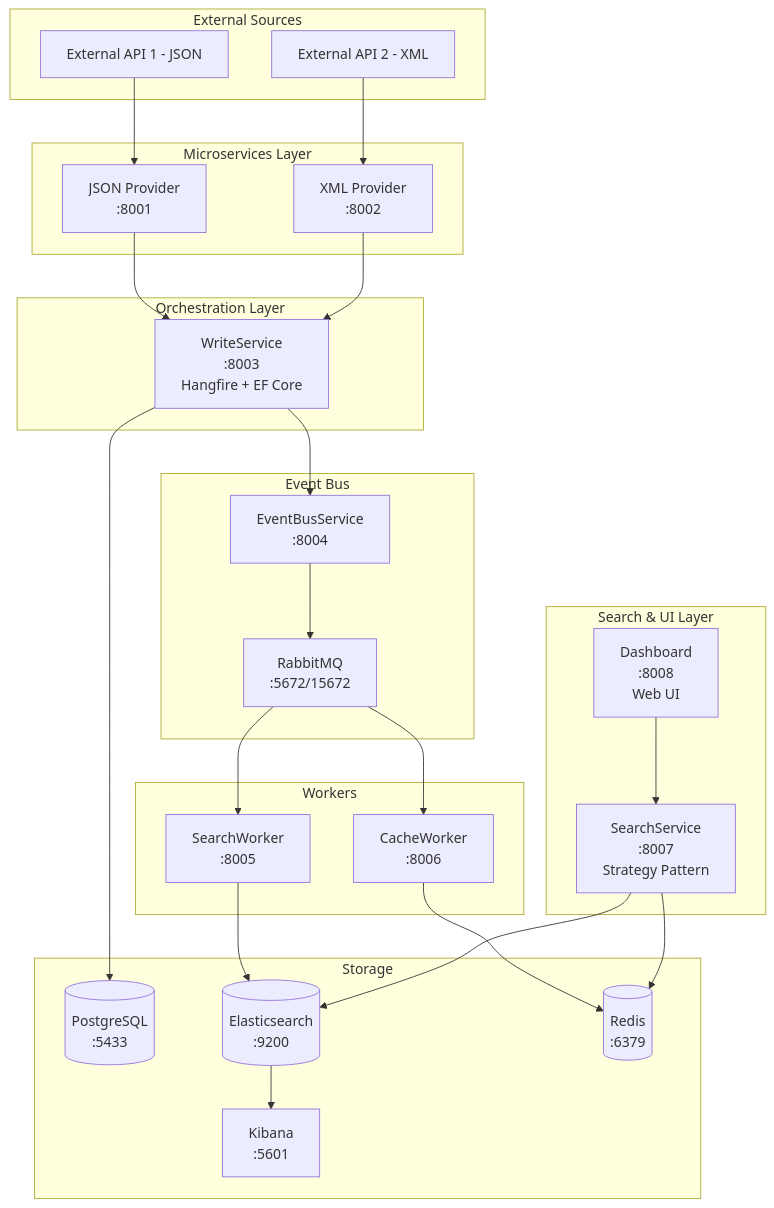
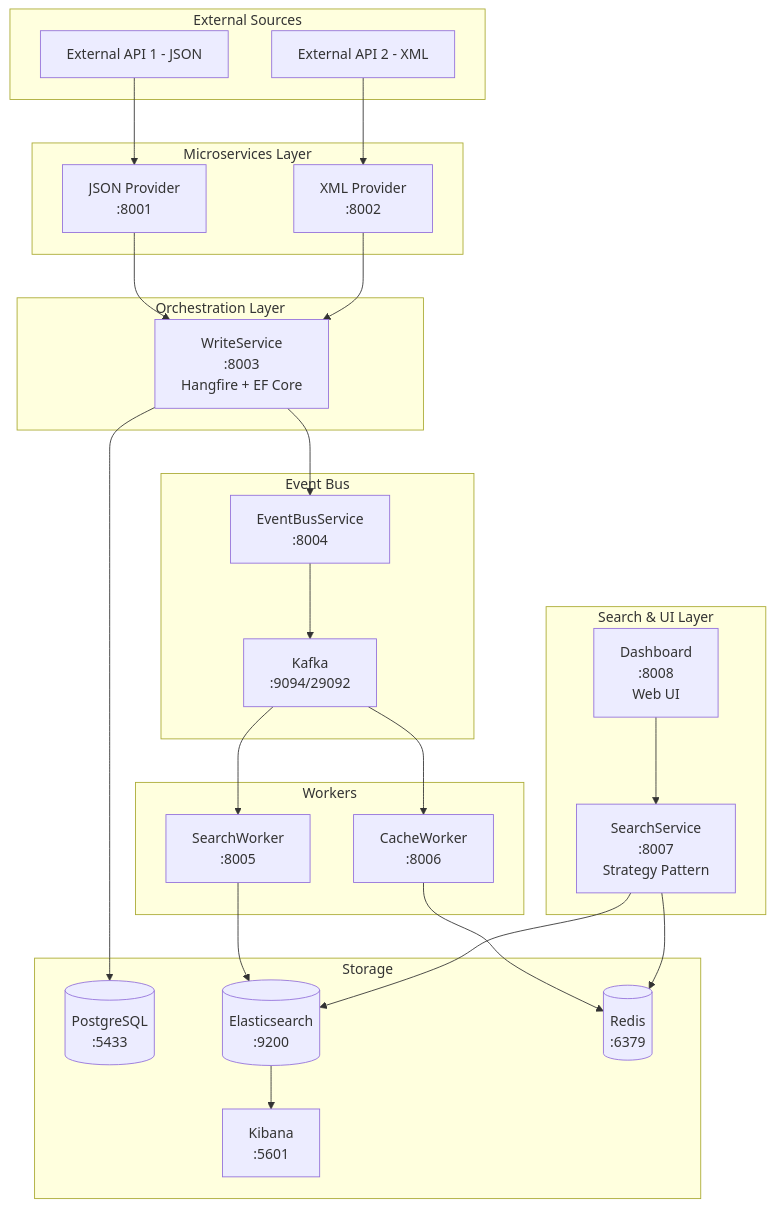
The diagram in README.md (ofurkanuygur/search-case), drawn with Mermaid before and after one commit. The commit also changed other lines of this file and 12 other files, not shown here.

Commit message:
feat: migrate from RabbitMQ to Apache Kafka with resilience patterns and UI

````diff
--- a/README.md
+++ b/README.md
@@ -26,54 +26,54 @@
 ```mermaid
 graph TD
     subgraph External Sources
         API1[External API 1 - JSON]
         API2[External API 2 - XML]
     end
 
     subgraph Microservices Layer
         JP[JSON Provider<br/>:8001]
         XP[XML Provider<br/>:8002]
     end
 
     subgraph Orchestration Layer
         WS[WriteService<br/>:8003<br/>Hangfire + EF Core]
     end
 
     subgraph Event Bus
         EB[EventBusService<br/>:8004]
-        RMQ[RabbitMQ<br/>:5672/15672]
+        Kafka[Kafka<br/>:9094/29092]
     end
 
     subgraph Workers
         SW[SearchWorker<br/>:8005]
         CW[CacheWorker<br/>:8006]
     end
 
     subgraph Search & UI Layer
         SS[SearchService<br/>:8007<br/>Strategy Pattern]
         DB[Dashboard<br/>:8008<br/>Web UI]
     end
 
     subgraph Storage
         PG[(PostgreSQL<br/>:5433)]
         ES[(Elasticsearch<br/>:9200)]
         RD[(Redis<br/>:6379)]
         KB[Kibana<br/>:5601]
     end
 
     API1 --> JP
     API2 --> XP
     JP --> WS
     XP --> WS
     WS --> PG
     WS --> EB
-    EB --> RMQ
-    RMQ --> SW
-    RMQ --> CW
+    EB --> Kafka
+    Kafka --> SW
+    Kafka --> CW
     SW --> ES
     CW --> RD
     ES --> KB
     SS --> ES
     SS --> RD
     DB --> SS
 ```
````
